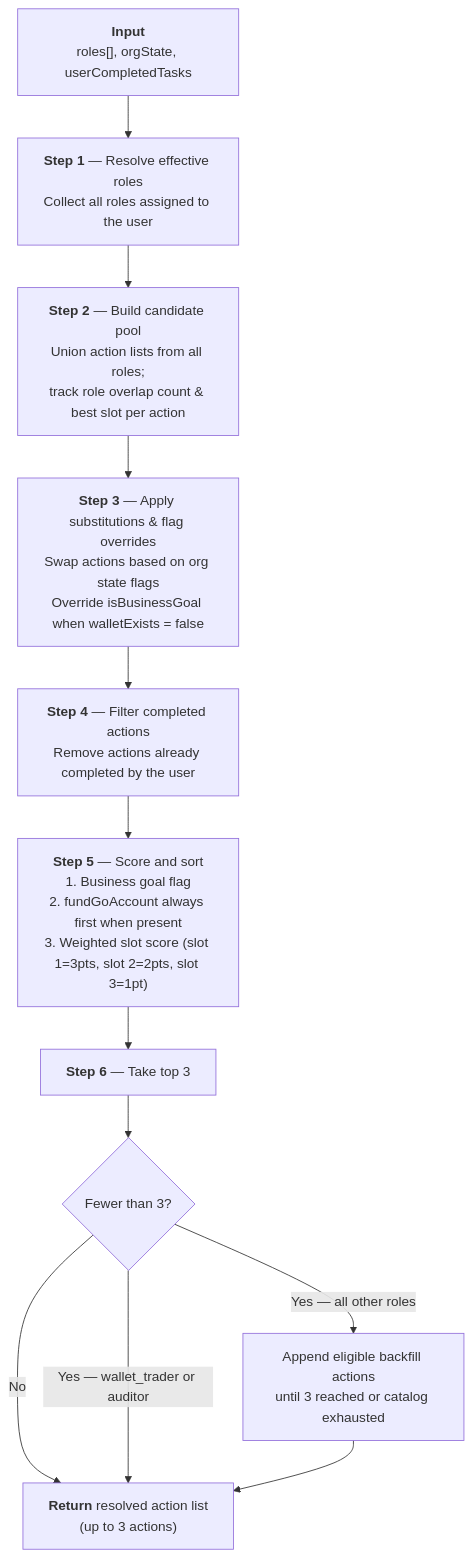
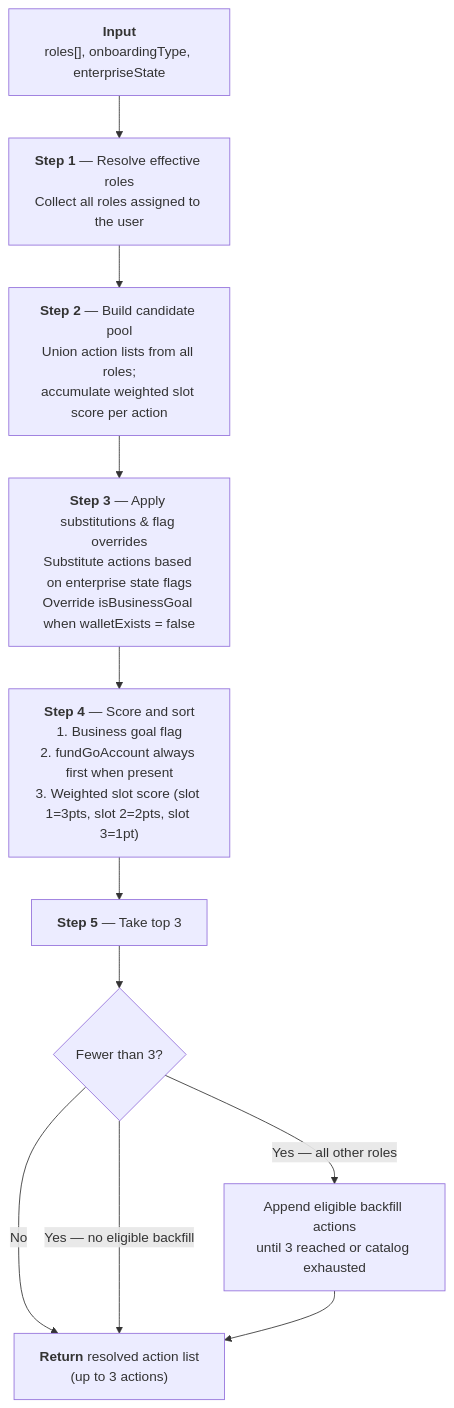
One commit to phyllisfei-bg/26Q2-fast-activation changed the diagram in get-started-aggregation-spec.md. Above: the diagram before and after it, drawn with Mermaid. The commit also changed other lines of this file, not shown here.

Commit message:
Update spec with clarified data model, role definitions, and algorithm steps

````diff
--- a/get-started-aggregation-spec.md
+++ b/get-started-aggregation-spec.md
@@ -184,15 +241,14 @@
 ```mermaid
 flowchart TD
-    A["<b>Input</b><br>roles[], orgState, userCompletedTasks"] --> B
+    A["<b>Input</b><br>roles[], onboardingType, enterpriseState"] --> B
     B["<b>Step 1</b> — Resolve effective roles<br>Collect all roles assigned to the user"] --> C
-    C["<b>Step 2</b> — Build candidate pool<br>Union action lists from all roles;<br>track role overlap count &amp; best slot per action"] --> D
-    D["<b>Step 3</b> — Apply substitutions &amp; flag overrides<br>Swap actions based on org state flags<br>Override isBusinessGoal when walletExists = false"] --> E
-    E["<b>Step 4</b> — Filter completed actions<br>Remove actions already completed by the user"] --> F
-    F["<b>Step 5</b> — Score and sort<br>1. Business goal flag<br>2. fundGoAccount always first when present<br>3. Weighted slot score (slot 1=3pts, slot 2=2pts, slot 3=1pt)"] --> G
-    G["<b>Step 6</b> — Take top 3"] --> H
-    H{Fewer than 3?}
-    H -->|No| J["<b>Return</b> resolved action list<br>(up to 3 actions)"]
-    H -->|"Yes — wallet_trader or auditor"| J
-    H -->|"Yes — all other roles"| I["Append eligible backfill actions<br>until 3 reached or catalog exhausted"]
+    C["<b>Step 2</b> — Build candidate pool<br>Union action lists from all roles;<br>accumulate weighted slot score per action"] --> D
+    D["<b>Step 3</b> — Apply substitutions &amp; flag overrides<br>Substitute actions based on enterprise state flags<br>Override isBusinessGoal when walletExists = false"] --> E
+    E["<b>Step 4</b> — Score and sort<br>1. Business goal flag<br>2. fundGoAccount always first when present<br>3. Weighted slot score (slot 1=3pts, slot 2=2pts, slot 3=1pt)"] --> F
+    F["<b>Step 5</b> — Take top 3"] --> G
+    G{Fewer than 3?}
+    G -->|No| J["<b>Return</b> resolved action list<br>(up to 3 actions)"]
+    G -->|"Yes — no eligible backfill"| J
+    G -->|"Yes — all other roles"| I["Append eligible backfill actions<br>until 3 reached or catalog exhausted"]
     I --> J
 ```
````
